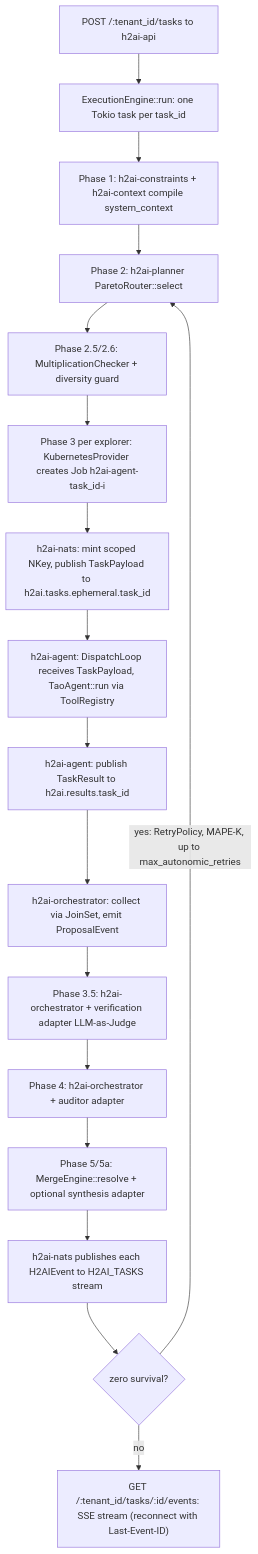
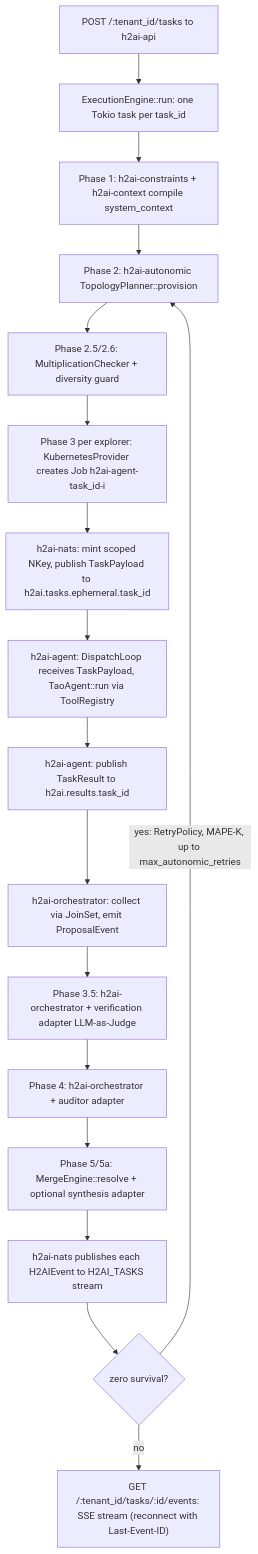
One commit to immediatus/h2ai-control-plane changed diagram 19 of 19 in docs/architecture/architecture.md. Above: the diagram before and after it, drawn with Mermaid. The commit also changed other lines of this file and 71 other files, not shown here.

````diff
--- a/docs/architecture/architecture.md
+++ b/docs/architecture/architecture.md
@@ -1298,19 +1311,19 @@
 ```mermaid
 flowchart TD
     POST["POST /:tenant_id/tasks to h2ai-api"] --> EE["ExecutionEngine::run: one Tokio task per task_id"]
     EE --> P1["Phase 1: h2ai-constraints + h2ai-context compile system_context"]
-    P1 --> P2["Phase 2: h2ai-planner ParetoRouter::select"]
+    P1 --> P2["Phase 2: h2ai-autonomic TopologyPlanner::provision"]
     P2 --> P25["Phase 2.5/2.6: MultiplicationChecker + diversity guard"]
     P25 --> P3["Phase 3 per explorer: KubernetesProvider creates Job h2ai-agent-task_id-i"]
     P3 --> NK["h2ai-nats: mint scoped NKey, publish TaskPayload to h2ai.tasks.ephemeral.task_id"]
     NK --> AG["h2ai-agent: DispatchLoop receives TaskPayload, TaoAgent::run via ToolRegistry"]
     AG --> TR["h2ai-agent: publish TaskResult to h2ai.results.task_id"]
     TR --> CO["h2ai-orchestrator: collect via JoinSet, emit ProposalEvent"]
     CO --> P35["Phase 3.5: h2ai-orchestrator + verification adapter LLM-as-Judge"]
     P35 --> P4["Phase 4: h2ai-orchestrator + auditor adapter"]
     P4 --> P5["Phase 5/5a: MergeEngine::resolve + optional synthesis adapter"]
     P5 --> EV["h2ai-nats publishes each H2AIEvent to H2AI_TASKS stream"]
     EV --> ZS{"zero survival?"}
     ZS -->|"yes: RetryPolicy, MAPE-K, up to max_autonomic_retries"| P2
     ZS -->|no| SSE["GET /:tenant_id/tasks/:id/events: SSE stream (reconnect with Last-Event-ID)"]
 ```
````
